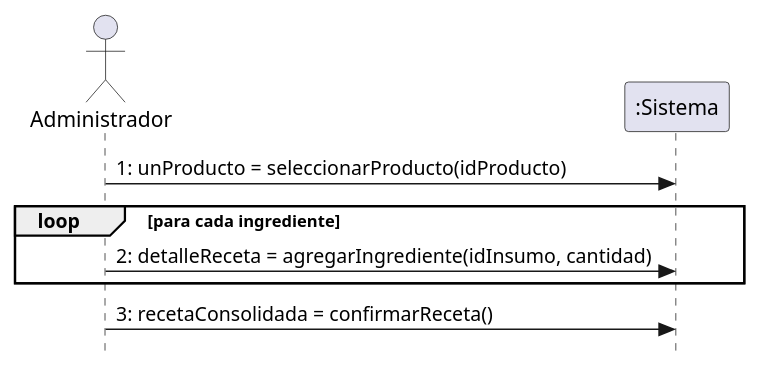
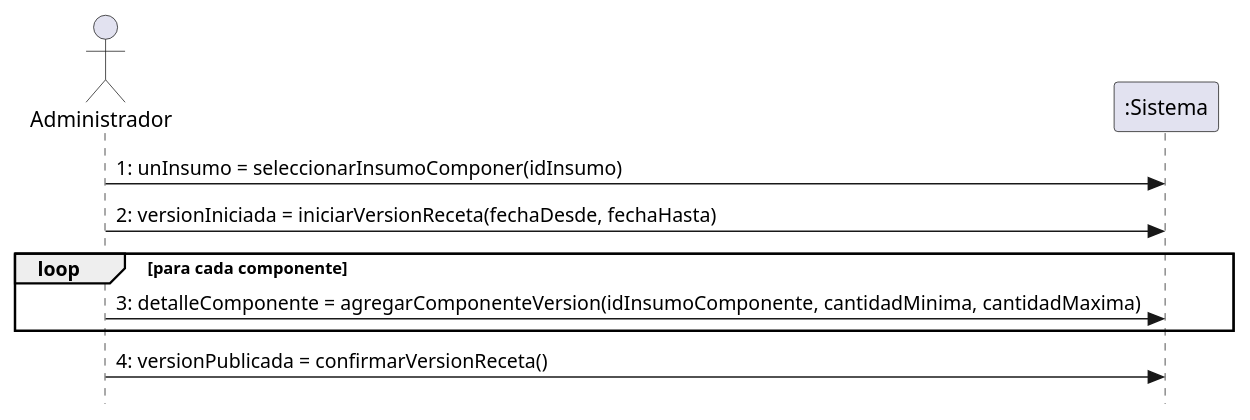
The seventh of 18 diagrams in docs/3_Especificacion_y_Diseno/3.2_diagramas_secuencia_sistema.md (DiegoParadiso/owens), drawn with PlantUML before and after one commit. The commit also changed other lines of this file and 72 other files, not shown here.

Commit message:
docs: actualizar modelo unificado de insumos, UML, casos de uso, OCL y estado de avance

````diff
--- a/docs/3_Especificacion_y_Diseno/3.2_diagramas_secuencia_sistema.md
+++ b/docs/3_Especificacion_y_Diseno/3.2_diagramas_secuencia_sistema.md
@@ -152,17 +152,19 @@
 ```plantuml
 @startuml
 skinparam style strictuml
 hide footbox
 
 actor Administrador as A
 participant ":Sistema" as S
 
-A -> S : 1: unProducto = seleccionarProducto(idProducto)
+A -> S : 1: unInsumo = seleccionarInsumoComponer(idInsumo)
 
-loop para cada ingrediente
-    A -> S : 2: detalleReceta = agregarIngrediente(idInsumo, cantidad)
+A -> S : 2: versionIniciada = iniciarVersionReceta(fechaDesde, fechaHasta)
+
+loop para cada componente
+    A -> S : 3: detalleComponente = agregarComponenteVersion(idInsumoComponente, cantidadMinima, cantidadMaxima)
 end
 
-A -> S : 3: recetaConsolidada = confirmarReceta()
+A -> S : 4: versionPublicada = confirmarVersionReceta()
 @enduml
 ```
````
